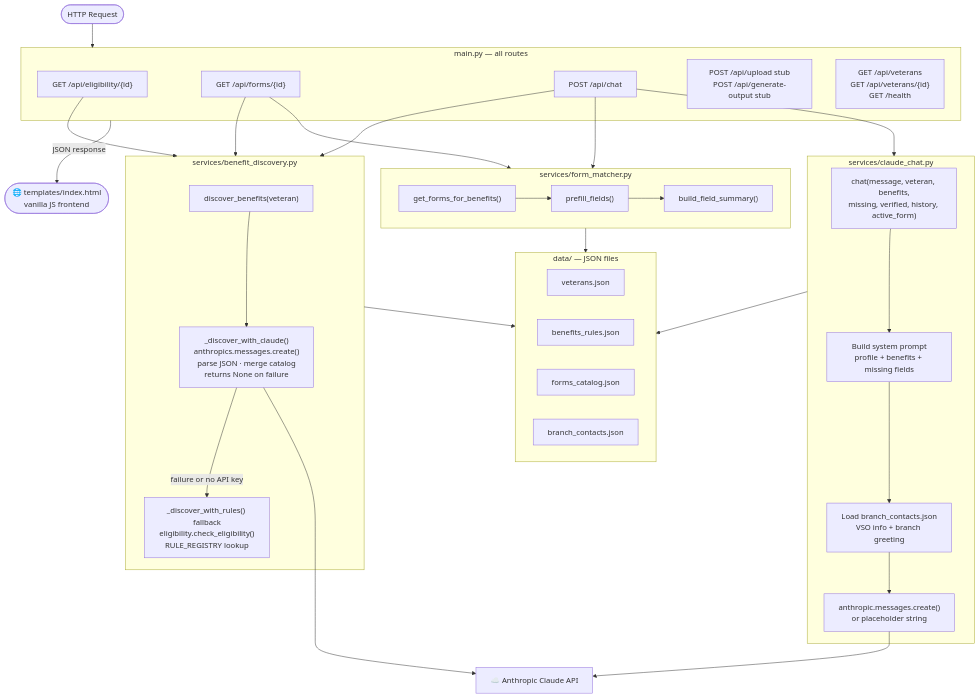
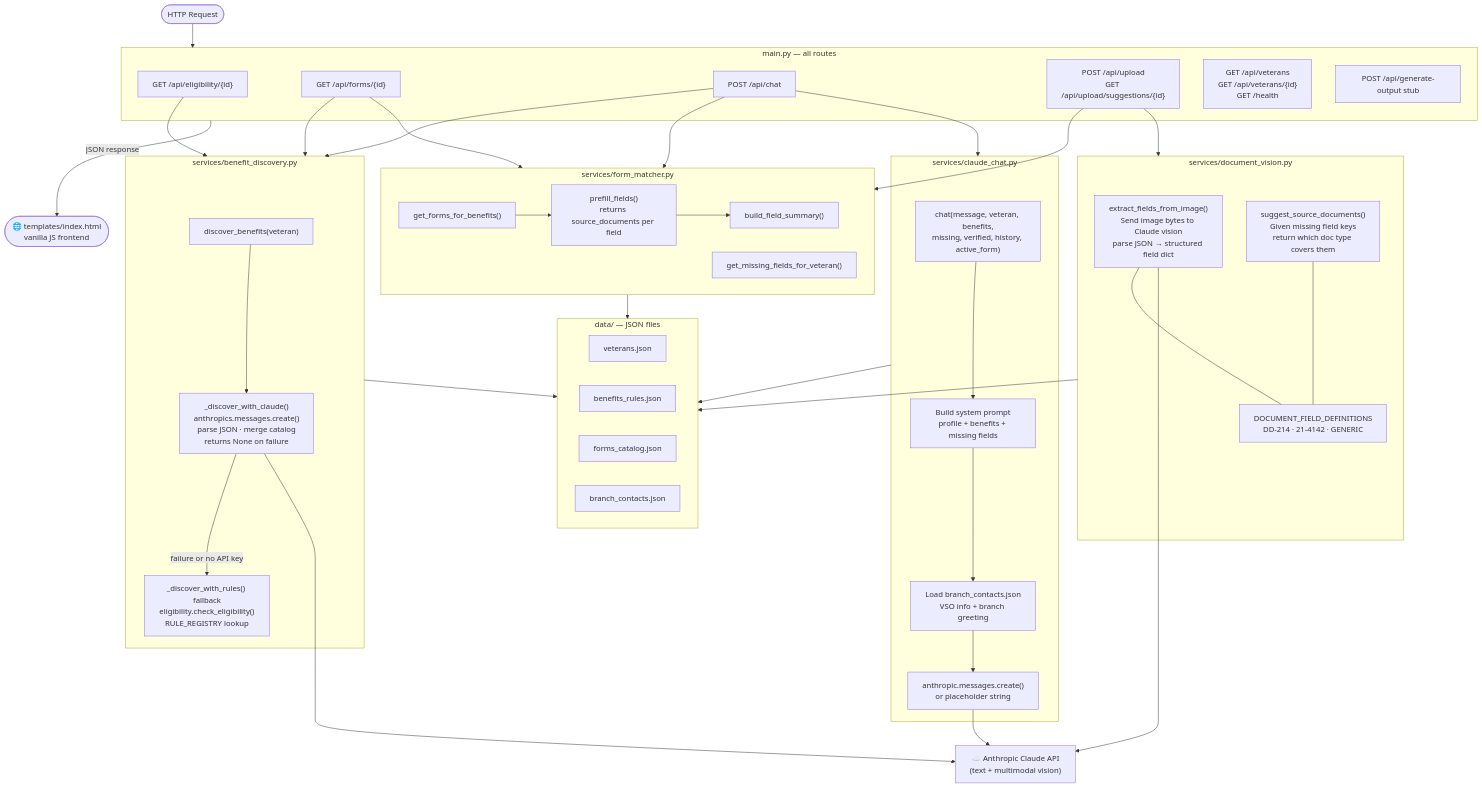
Before and after one commit to akaseahawk/VetAssist: the first of 2 diagrams in CLAUDE.md, drawn with Mermaid. The commit also changed other lines of this file and 4 other files, not shown here.

Commit message:
docs: document photo-to-prefill story — add to all READMEs, diagrams, and service maps

```diff
--- a/CLAUDE.md
+++ b/CLAUDE.md
@@ -54,11 +55,12 @@
         R1["GET /api/eligibility/{id}"]
         R2["GET /api/forms/{id}"]
         R3["POST /api/chat"]
-        R4["POST /api/upload stub
-POST /api/generate-output stub"]
+        R4["POST /api/upload
+GET /api/upload/suggestions/{id}"]
         R5["GET /api/veterans
 GET /api/veterans/{id}
 GET /health"]
+        R6["POST /api/generate-output stub"]
     end
 
     R1 & R2 & R3 --> BD
@@ -76,12 +78,14 @@
         BD2 -->|"failure or no API key"| BD3
     end
 
-    R2 & R3 --> FM
+    R2 & R3 & R4 --> FM
 
     subgraph FM["services/form_matcher.py"]
         FM1["get_forms_for_benefits()"]
-        FM2["prefill_fields()"]
+        FM2["prefill_fields()
+returns source_documents per field"]
         FM3["build_field_summary()"]
+        FM4["get_missing_fields_for_veteran()"]
         FM1 --> FM2 --> FM3
     end
 
@@ -99,7 +103,22 @@
         CC1 --> CC2 --> CC3 --> CC4
     end
 
-    BD & FM & CC --> DATA
+    R4 --> DV
+
+    subgraph DV["services/document_vision.py"]
+        DV1["extract_fields_from_image()
+Send image bytes to Claude vision
+parse JSON → structured field dict"]
+        DV2["suggest_source_documents()
+Given missing field keys
+return which doc type covers them"]
+        DV3["DOCUMENT_FIELD_DEFINITIONS
+DD-214 · 21-4142 · GENERIC"]
+        DV1 --- DV3
+        DV2 --- DV3
+    end
+
+    BD & FM & CC & DV --> DATA
 
     subgraph DATA["data/ — JSON files"]
         D1[veterans.json]
@@ -108,7 +127,8 @@
         D4[branch_contacts.json]
     end
 
-    BD2 & CC4 --> CLAUDE["☁️ Anthropic Claude API"]
+    BD2 & CC4 & DV1 --> CLAUDE["☁️ Anthropic Claude API
+(text + multimodal vision)"]
 
     MAIN -->|"JSON response"| FE(["🌐 templates/index.html
 vanilla JS frontend"])
```
